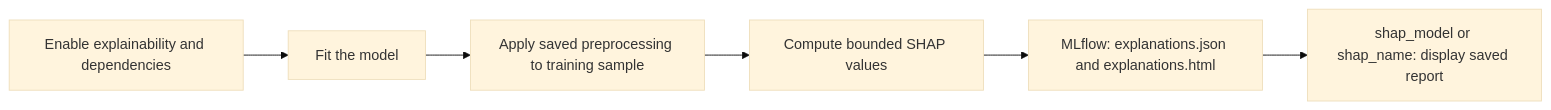
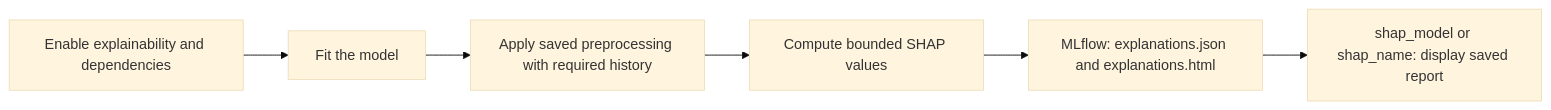
The diagram in docs/user_guide/databricks_explanations.md (flyingriverhorse/Skyulf), drawn with Mermaid (base theme) before and after one commit. The commit also changed other lines of this file and 2 other files, not shown here.

First line of the commit message:
fix(explanations): preserve history before SHAP sampling

````diff
--- a/docs/user_guide/databricks_explanations.md
+++ b/docs/user_guide/databricks_explanations.md
@@ -14,8 +14,8 @@
 ```mermaid
 flowchart LR
     A["Enable explainability and dependencies"] --> B["Fit the model"]
-    B --> C["Apply saved preprocessing to training sample"]
+    B --> C["Apply saved preprocessing with required history"]
     C --> D["Compute bounded SHAP values"]
     D --> E["MLflow: explanations.json and explanations.html"]
     E --> F["shap_model or shap_name: display saved report"]
 ```
````
